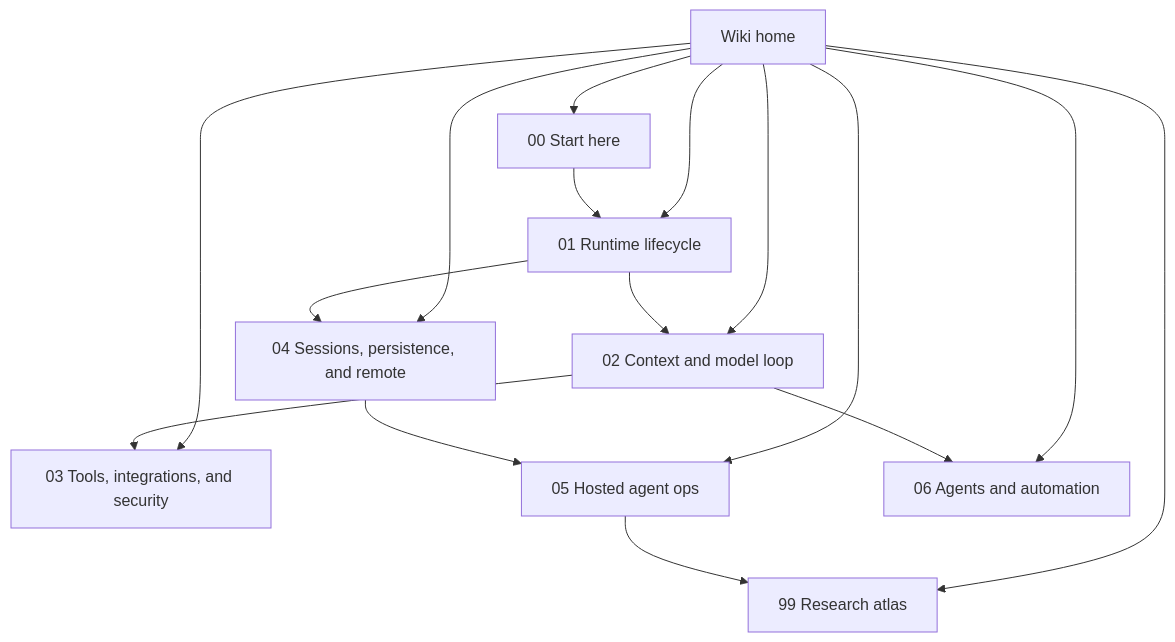
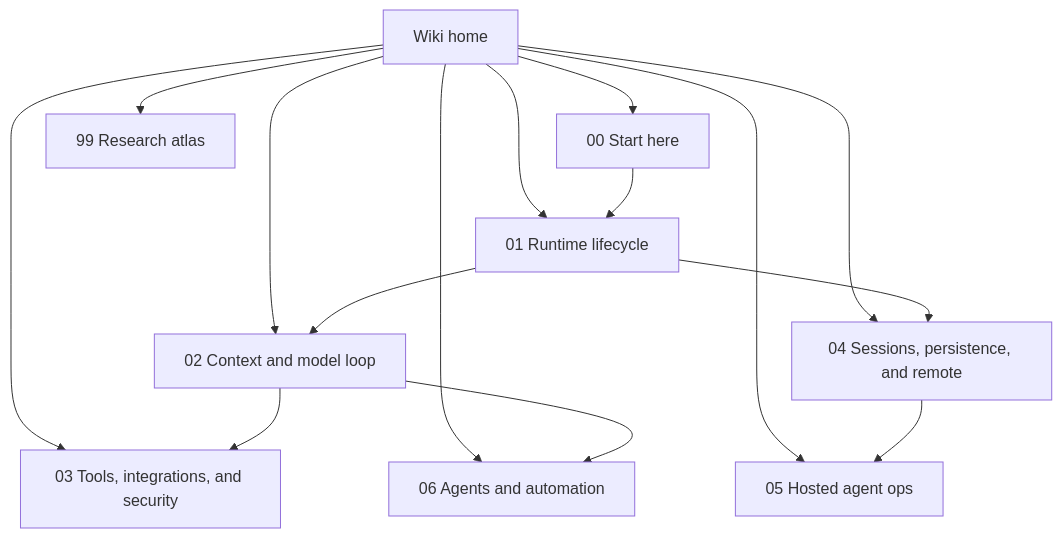
The diagram in docs/README.md (vibewatch/copilot-cli-internals), drawn with Mermaid before and after one commit. The commit also changed other lines of this file and 16 other files, not shown here.

Commit message:
chore: remove references to research atlas and related documentation from various files

````diff
--- a/docs/README.md
+++ b/docs/README.md
@@ -23,29 +23,27 @@
 ```mermaid
 flowchart TD
     Home[Wiki home] --> Start[00 Start here]
     Home --> Runtime[01 Runtime lifecycle]
     Home --> Loop[02 Context and model loop]
     Home --> Tools[03 Tools, integrations, and security]
     Home --> Sessions[04 Sessions, persistence, and remote]
     Home --> Hosted[05 Hosted agent ops]
     Home --> Agents[06 Agents and automation]
     Home --> Research[99 Research atlas]
 
     Start --> Runtime
     Runtime --> Loop
     Loop --> Tools
     Runtime --> Sessions
     Sessions --> Hosted
     Loop --> Agents
-    Hosted --> Research
 
     click Home "./" "Open wiki home"
     click Start "./00-start-here/" "Open Start here"
     click Runtime "./01-runtime-lifecycle/" "Open Runtime lifecycle"
     click Loop "./02-context-model-loop/" "Open Context and model loop"
     click Tools "./03-tools-integrations-security/" "Open Tools, integrations, and security"
     click Sessions "./04-sessions-persistence-remote/" "Open Sessions, persistence, and remote"
     click Hosted "./05-hosted-agent-ops/" "Open Hosted agent ops"
     click Agents "./06-agents-automation/" "Open Agents and automation"
-    click Research "./99-research-atlas/" "Open Research atlas"
 ```
````
